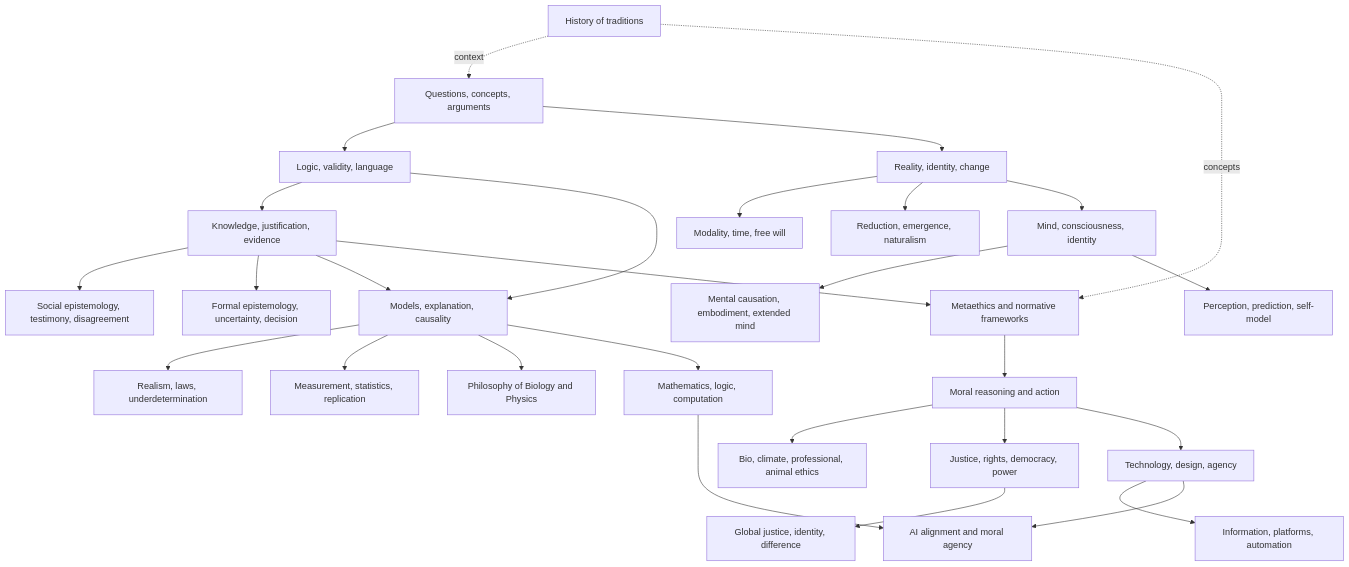
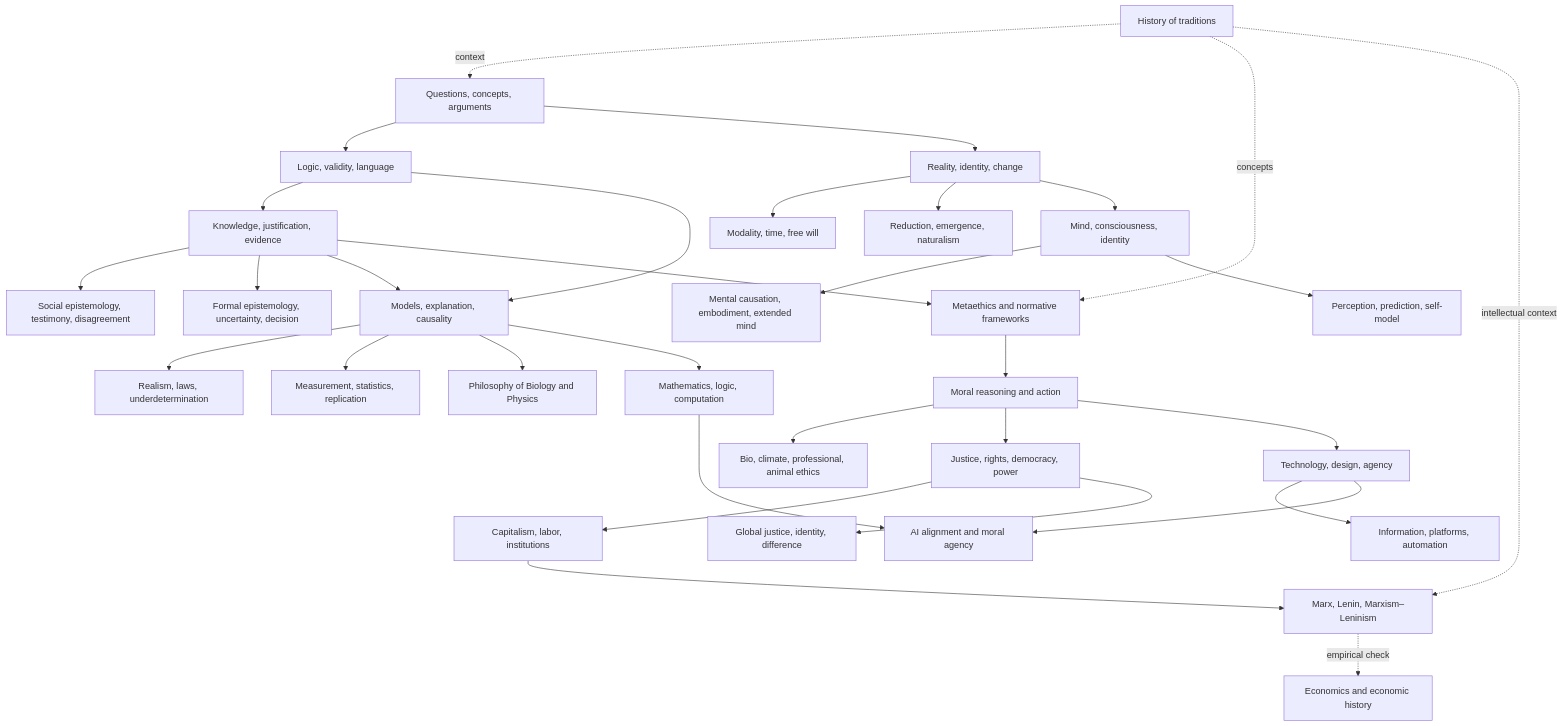
One commit to hunggtham/learning-docs changed the diagram in philosophy/CONCEPTUAL_DEPENDENCIES.md. Above: the diagram before and after it, drawn with Mermaid. The commit also changed other lines of this file, not shown here.

Commit message:
docs(philosophy): add Marxism-Leninism dependency route

````diff
--- a/philosophy/CONCEPTUAL_DEPENDENCIES.md
+++ b/philosophy/CONCEPTUAL_DEPENDENCIES.md
@@ -5,31 +5,35 @@
 ```mermaid
 flowchart TD
     R[Questions, concepts, arguments]
     R --> L[Logic, validity, language]
     L --> E[Knowledge, justification, evidence]
     E --> SE[Social epistemology, testimony, disagreement]
     E --> F[Formal epistemology, uncertainty, decision]
     R --> M[Reality, identity, change]
     M --> MOD[Modality, time, free will]
     M --> RED[Reduction, emergence, naturalism]
     L --> S[Models, explanation, causality]
     E --> S
     S --> SR[Realism, laws, underdetermination]
     S --> MS[Measurement, statistics, replication]
     S --> PB[Philosophy of Biology and Physics]
     M --> Mind[Mind, consciousness, identity]
     Mind --> MC[Mental causation, embodiment, extended mind]
     Mind --> PS[Perception, prediction, self-model]
     E --> Meta[Metaethics and normative frameworks]
     Meta --> Ethics[Moral reasoning and action]
     Ethics --> Applied[Bio, climate, professional, animal ethics]
     Ethics --> Pol[Justice, rights, democracy, power]
+    Pol --> EconPol[Capitalism, labor, institutions]
+    EconPol --> ML[Marx, Lenin, Marxism–Leninism]
+    ML -. empirical check .-> Econ[Economics and economic history]
     Pol --> Global[Global justice, identity, difference]
     Ethics --> Tech[Technology, design, agency]
     Tech --> Info[Information, platforms, automation]
     Tech --> AI[AI alignment and moral agency]
     S --> Math[Mathematics, logic, computation]
     Math --> AI
     History[History of traditions] -. context .-> R
     History -. concepts .-> Meta
+    History -. intellectual context .-> ML
 ```
````
